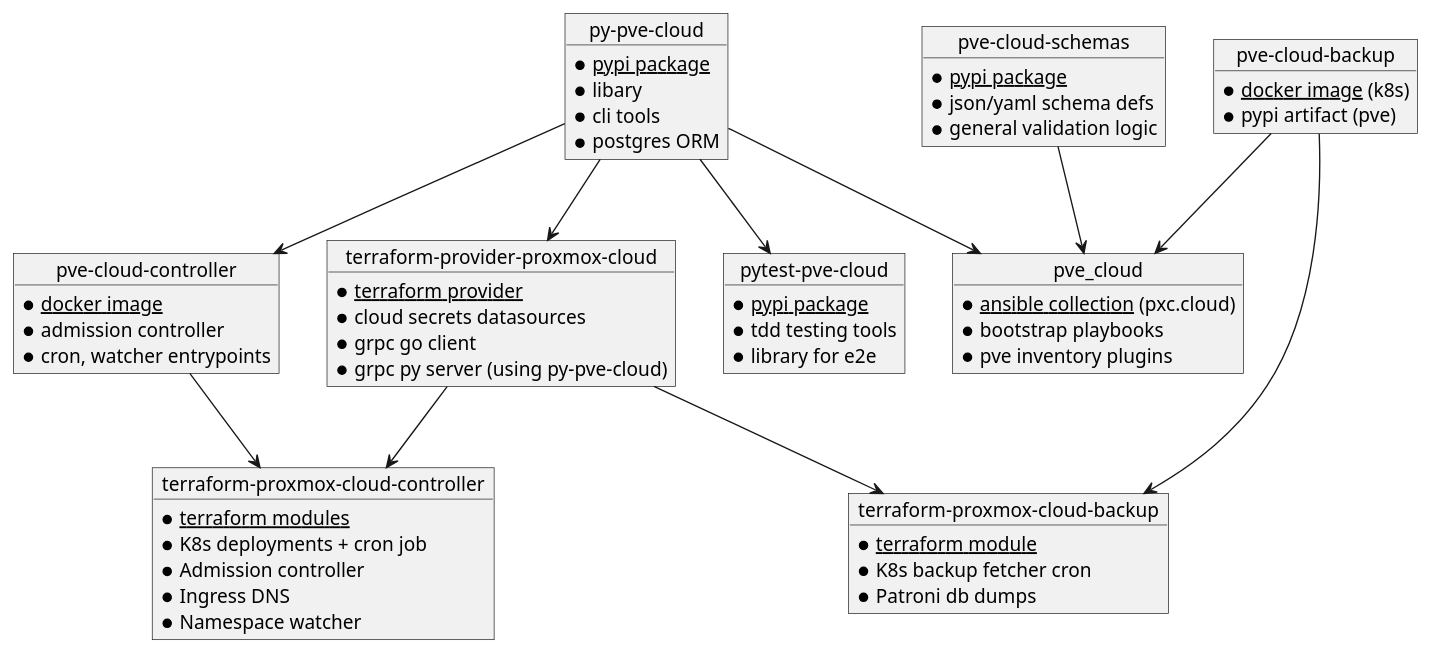
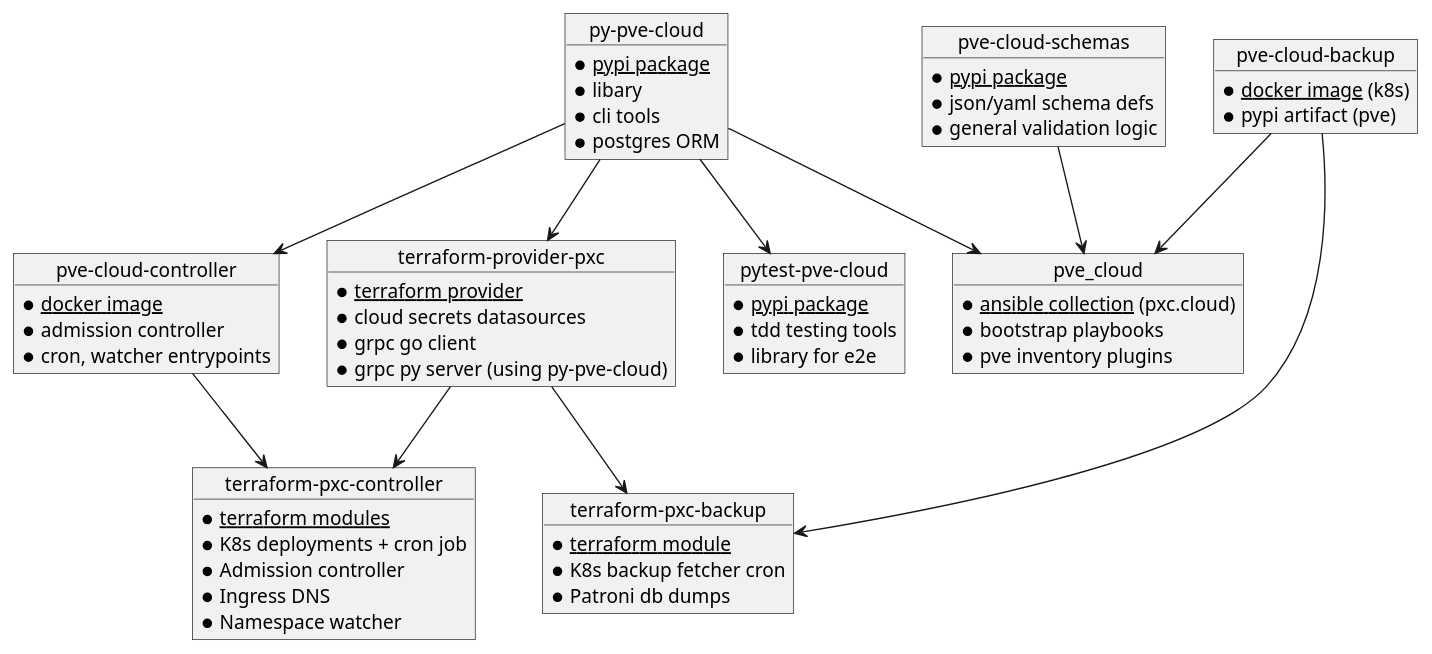
Before and after one commit to Proxmox-Cloud/pve_cloud: the diagram in docs/index.md, drawn with PlantUML. The commit also changed 40 other files, not shown here.

````diff
--- a/docs/index.md
+++ b/docs/index.md
@@ -24,82 +24,82 @@
 ```puml
 @startuml
 
 ' Top-down hierarchy
 top to bottom direction
 
 ' Define objects instead of packages
 object "py-pve-cloud" as py_pve_cloud {
    * <u>pypi package</u>
    * libary
    * cli tools
    * postgres ORM
 }
 
 
-object "terraform-provider-proxmox-cloud" as terraform_provider {
+object "terraform-provider-pxc" as terraform_provider {
   * <u>terraform provider</u>
   * cloud secrets datasources
   * grpc go client
   * grpc py server (using py-pve-cloud)
 }
 
-object "terraform-proxmox-cloud-controller" as controller_module {
+object "terraform-pxc-controller" as controller_module {
   * <u>terraform modules</u>
   * K8s deployments + cron job
   * Admission controller
   * Ingress DNS
   * Namespace watcher
 }
 
-object "terraform-proxmox-cloud-backup" as backup_module {
+object "terraform-pxc-backup" as backup_module {
   * <u>terraform module</u>
   * K8s backup fetcher cron
   * Patroni db dumps
 }
 
 object "pve-cloud-controller" as controller_image {
   * <u>docker image</u>
   * admission controller
   * cron, watcher entrypoints
 }
 
 object "pve-cloud-backup" as backup_image {
   * <u>docker image</u> (k8s)
   * pypi artifact (pve)
 }
 
 object "pve_cloud" as cloud_collection {
   * <u>ansible collection</u> (pxc.cloud)
   * bootstrap playbooks
   * pve inventory plugins
 }
 
 object "pve-cloud-schemas" as cloud_schemas {
   * <u>pypi package</u>
   * json/yaml schema defs
   * general validation logic
 }
 
 object "pytest-pve-cloud" as pytest_pve_cloud {
   * <u>pypi package</u>
   * tdd testing tools
   * library for e2e
 }
 
 ' Define edges (dependencies)
 py_pve_cloud --> cloud_collection
 py_pve_cloud --> controller_image
 py_pve_cloud --> pytest_pve_cloud
 py_pve_cloud --> terraform_provider
 
 terraform_provider --> controller_module
 terraform_provider --> backup_module
 
 controller_image --> controller_module
 backup_image --> backup_module
 backup_image --> cloud_collection
 
 cloud_schemas --> cloud_collection
 
 @enduml
 ```
````
